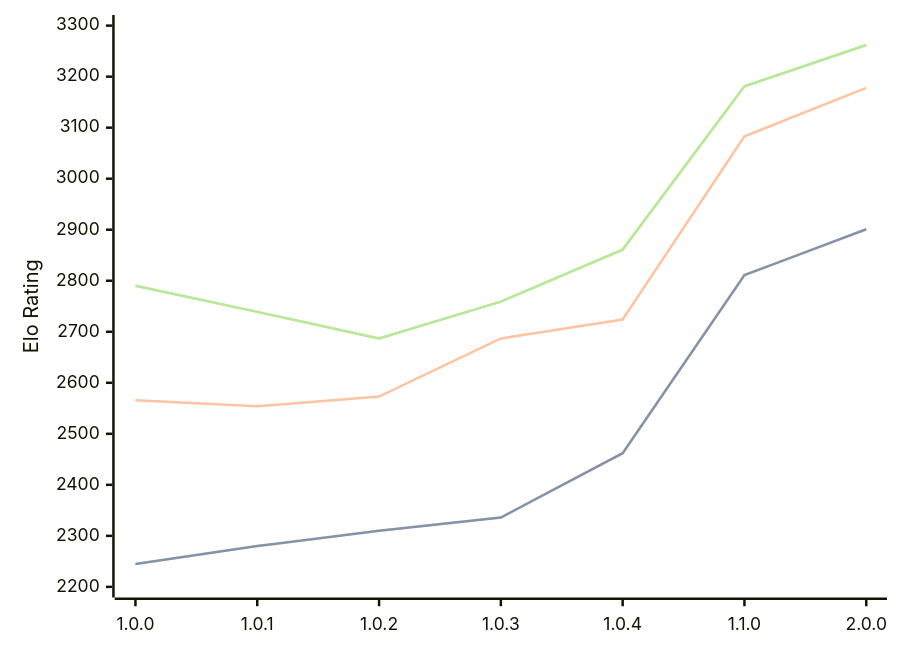
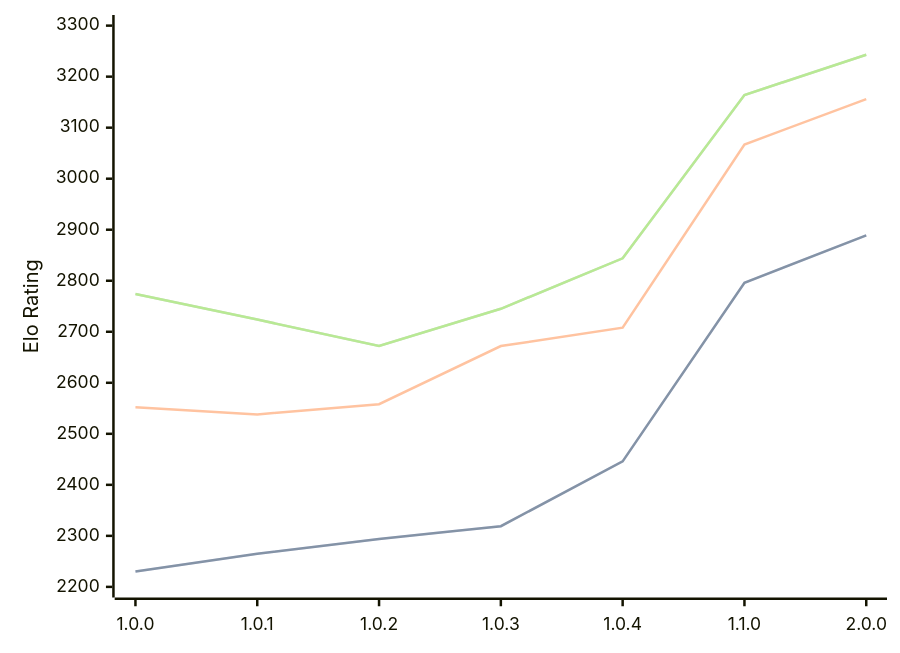
One commit to computer-chess-index/cci changed the diagram in engines/Grail.md. Above: the diagram before and after it, drawn with Mermaid. The commit also changed other lines of this file, not shown here.

Commit message:
Update CCI Ratings (ELO VLTC) - 2026-05-20

````diff
--- a/engines/Grail.md
+++ b/engines/Grail.md
@@ -37,11 +37,11 @@
 ```mermaid
 %%{init: {"theme":"base","themeVariables":{"seriesColors:['#a3a3a3','#222221','#faa371']}}}%%
 xychart-beta
   x-axis ["1.0.0", "1.0.1", "1.0.2", "1.0.3", "1.0.4", "1.1.0", "2.0.0"]
   y-axis "Elo Rating" 2200 --> 3300
-  line "STC (8.0+0.08s)" [2245, 2280, 2310, 2336, 2462, 2811, 2901]
-  line "STC (8.0+0.08s)" [2245, 2280, 2310, 2336, 2462, 2811, 2901]
-  line "LTC (60.0+0.60s)" [2566, 2554, 2573, 2687, 2724, 3083, 3178]
-  line "VLTC (2m24s+1.12s)" [2790, 2739, 2687, 2759, 2861, 3181, 3262]
-  line "VLTC (2m24s+1.12s)" [2790, 2739, 2687, 2759, 2861, 3181, 3262]
+  line "STC (8.0+0.08s)" [2230, 2265, 2294, 2319, 2446, 2796, 2889]
+  line "STC (8.0+0.08s)" [2230, 2265, 2294, 2319, 2446, 2796, 2889]
+  line "LTC (60.0+0.60s)" [2552, 2538, 2558, 2672, 2708, 3067, 3156]
+  line "VLTC (2m24s+1.12s)" [2774, 2724, 2672, 2745, 2844, 3164, 3243]
+  line "VLTC (2m24s+1.12s)" [2774, 2724, 2672, 2745, 2844, 3164, 3243]
 ```
````
